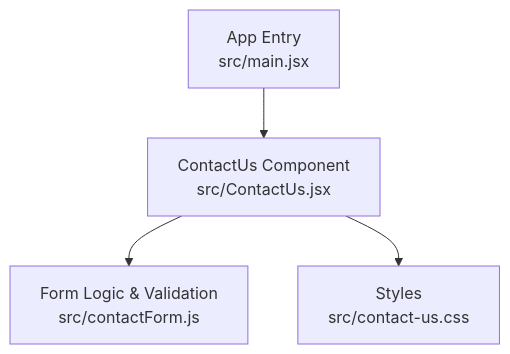
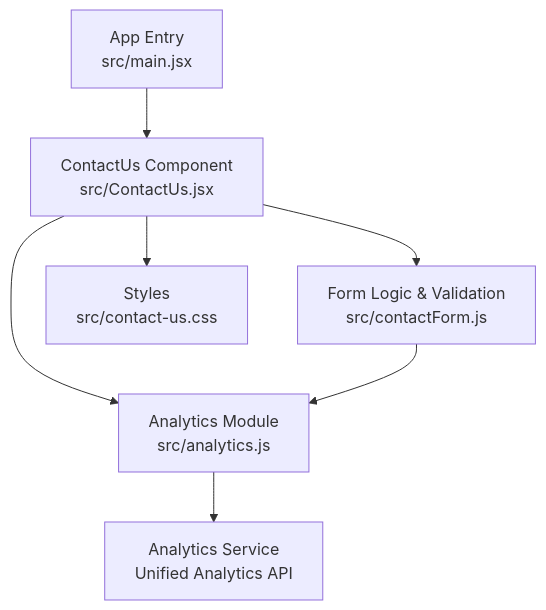
Before and after one commit to Theja4/podiummomentum: the first of 3 diagrams in .qoder/repowiki/en/content/Component Architecture/Contact System Components.md, drawn with Mermaid. The commit also changed other lines of this file and 48 other files, not shown here.

````diff
--- a/.qoder/repowiki/en/content/Component Architecture/Contact System Components.md
+++ b/.qoder/repowiki/en/content/Component Architecture/Contact System Components.md
@@ -37,6 +47,9 @@
 ```mermaid
 graph TB
 A["App Entry<br/>src/main.jsx"] --> B["ContactUs Component<br/>src/ContactUs.jsx"]
 B --> C["Form Logic & Validation<br/>src/contactForm.js"]
 B --> D["Styles<br/>src/contact-us.css"]
+B --> E["Analytics Module<br/>src/analytics.js"]
+C --> E
+E --> F["Analytics Service<br/>Unified Analytics API"]
 ```
````
